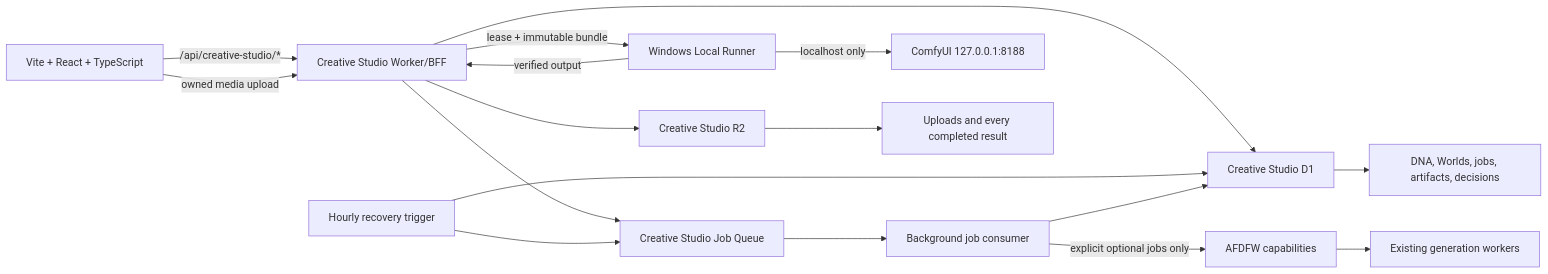
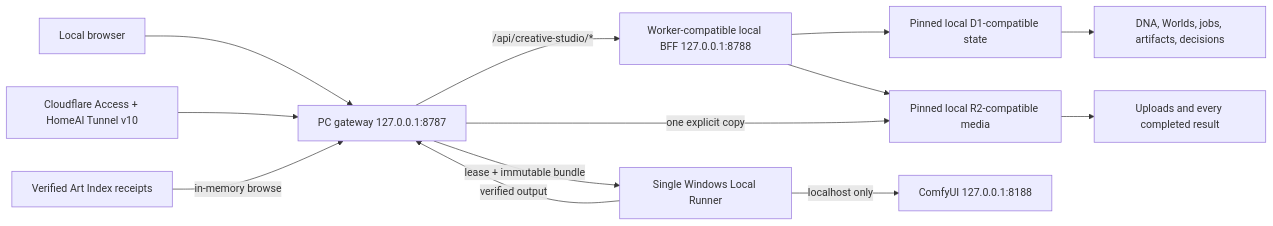
Before and after one commit to AngeloTobo/Creative-Studio: the diagram in docs/ARCHITECTURE.md, drawn with Mermaid. The commit also changed other lines of this file and 56 other files, not shown here.

Commit message:
feat: move Creative Studio execution to the PC

````diff
--- a/docs/ARCHITECTURE.md
+++ b/docs/ARCHITECTURE.md
@@ -5,19 +5,15 @@
 ```mermaid
 flowchart LR
-  UI["Vite + React + TypeScript"] -->|"/api/creative-studio/*"| BFF["Creative Studio Worker/BFF"]
-  BFF --> D1["Creative Studio D1"]
-  BFF --> Q["Creative Studio Job Queue"]
-  CRON["Hourly recovery trigger"] --> D1
-  CRON --> Q
-  Q --> WORKER["Background job consumer"]
-  WORKER --> D1
-  BFF --> R2["Creative Studio R2"]
-  UI -->|"owned media upload"| BFF
-  WORKER -->|"explicit optional jobs only"| AF["AFDFW capabilities"]
-  AF --> GEN["Existing generation workers"]
-  BFF -->|"lease + immutable bundle"| LR["Windows Local Runner"]
+  LOCAL["Local browser"] --> GATEWAY["PC gateway 127.0.0.1:8787"]
+  REMOTE["Cloudflare Access + HomeAI Tunnel v10"] --> GATEWAY
+  GATEWAY -->|"/api/creative-studio/*"| BFF["Worker-compatible local BFF 127.0.0.1:8788"]
+  BFF --> D1["Pinned local D1-compatible state"]
+  BFF --> R2["Pinned local R2-compatible media"]
+  GATEWAY -->|"lease + immutable bundle"| LR["Single Windows Local Runner"]
   LR -->|"localhost only"| COMFY["ComfyUI 127.0.0.1:8188"]
-  LR -->|"verified output"| BFF
+  LR -->|"verified output"| GATEWAY
+  ART["Verified Art Index receipts"] -->|"in-memory browse"| GATEWAY
+  GATEWAY -->|"one explicit copy"| R2
   D1 --> HIST["DNA, Worlds, jobs, artifacts, decisions"]
   R2 --> MEDIA["Uploads and every completed result"]
 ```
````
